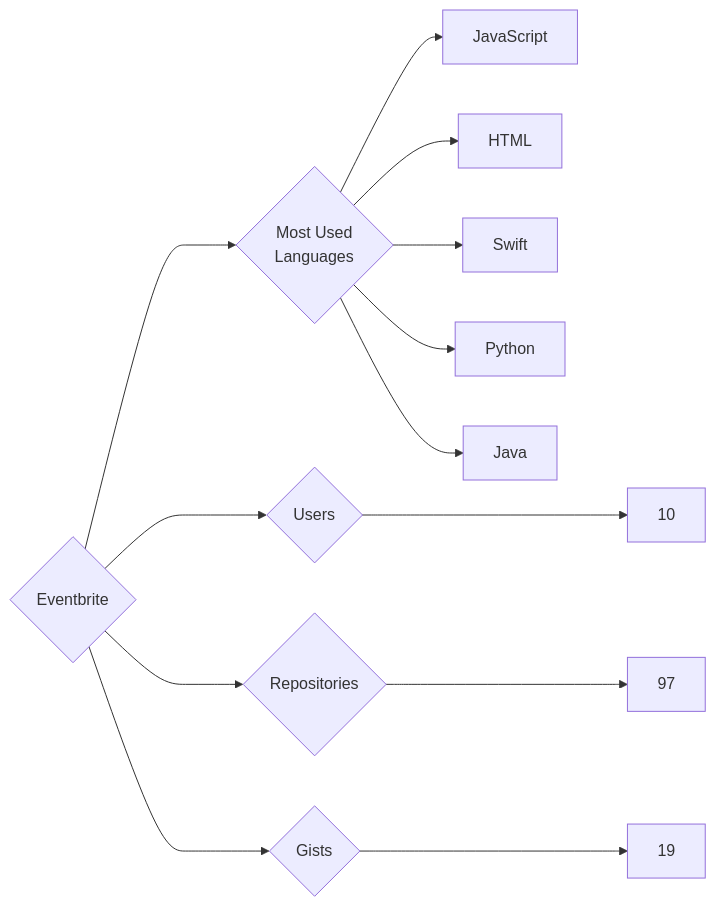
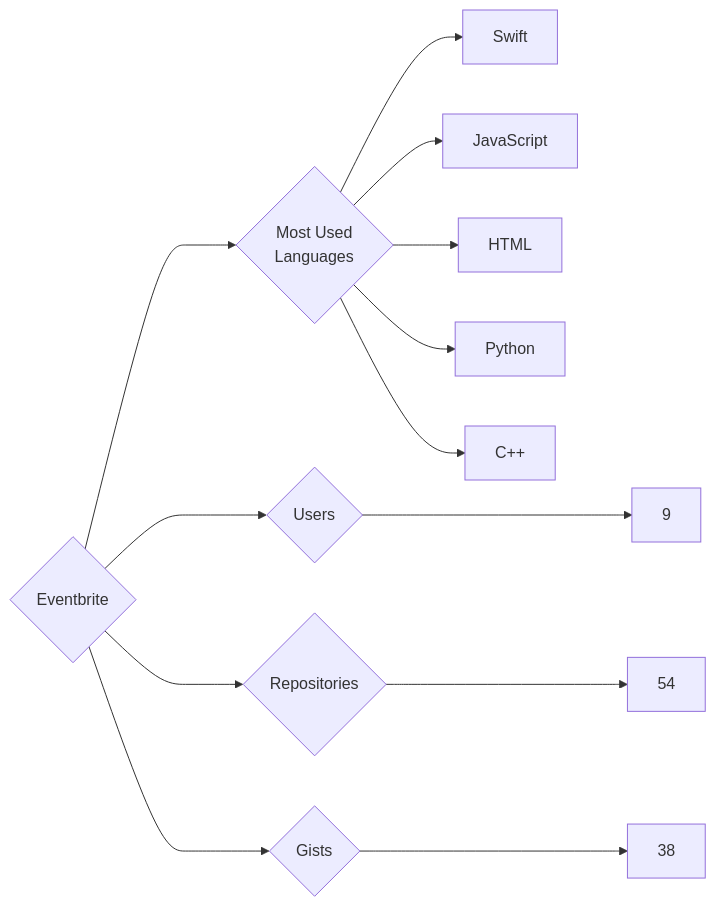
Before and after one commit to trickest/insiders: the diagram in targets/Eventbrite/README.md, drawn with Mermaid. The commit also changed 681 other files, not shown here.

````diff
--- a/targets/Eventbrite/README.md
+++ b/targets/Eventbrite/README.md
@@ -3,13 +3,13 @@
 ```mermaid
 graph LR
 COMPANY_NAME{Eventbrite}
-COMPANY_NAME ---> U{Users} ---> UN[10]
-COMPANY_NAME ---> R{Repositories} ---> RN[97]
-COMPANY_NAME ---> G{Gists} ---> GN[19]
+COMPANY_NAME ---> U{Users} ---> UN[9]
+COMPANY_NAME ---> R{Repositories} ---> RN[54]
+COMPANY_NAME ---> G{Gists} ---> GN[38]
 COMPANY_NAME ---> ML{Most Used<br>Languages}
+ML --> Swift[Swift]
 ML --> JavaScript[JavaScript]
 ML --> HTML[HTML]
-ML --> Swift[Swift]
 ML --> Python[Python]
-ML --> Java[Java]
+ML --> C++[C++]
 ```
````
